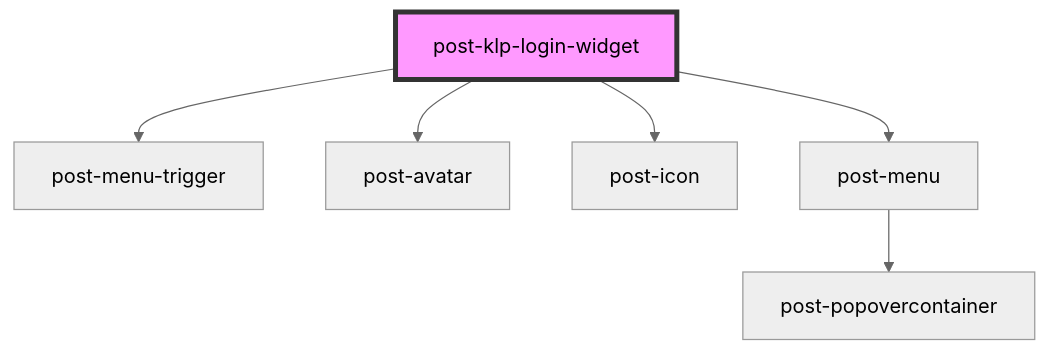
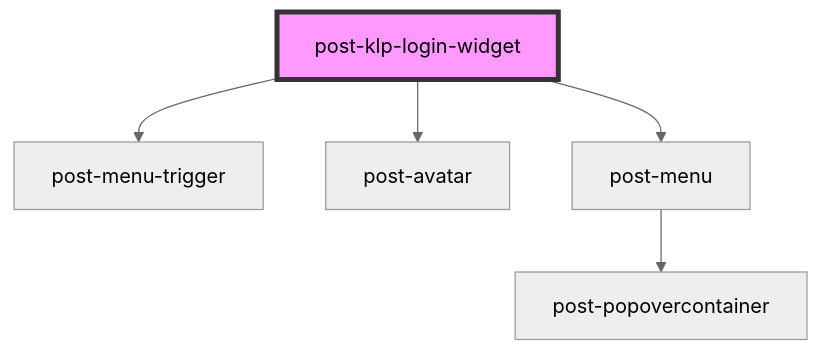
Before and after one commit to swisspost/design-system: the diagram in packages/components/src/components/post-klp-login-widget/readme.md, drawn with Mermaid (neutral theme). The commit also changed other lines of this file and 5 other files, not shown here.

First line of the commit message:
refactor(components): shape the login widget's menu after the header's user menu

````diff
--- a/packages/components/src/components/post-klp-login-widget/readme.md
+++ b/packages/components/src/components/post-klp-login-widget/readme.md
@@ -46,9 +45,8 @@
 ```mermaid
 graph TD;
   post-klp-login-widget --> post-menu-trigger
   post-klp-login-widget --> post-avatar
-  post-klp-login-widget --> post-icon
   post-klp-login-widget --> post-menu
   post-menu --> post-popovercontainer
   style post-klp-login-widget fill:#f9f,stroke:#333,stroke-width:4px
 ```
````
